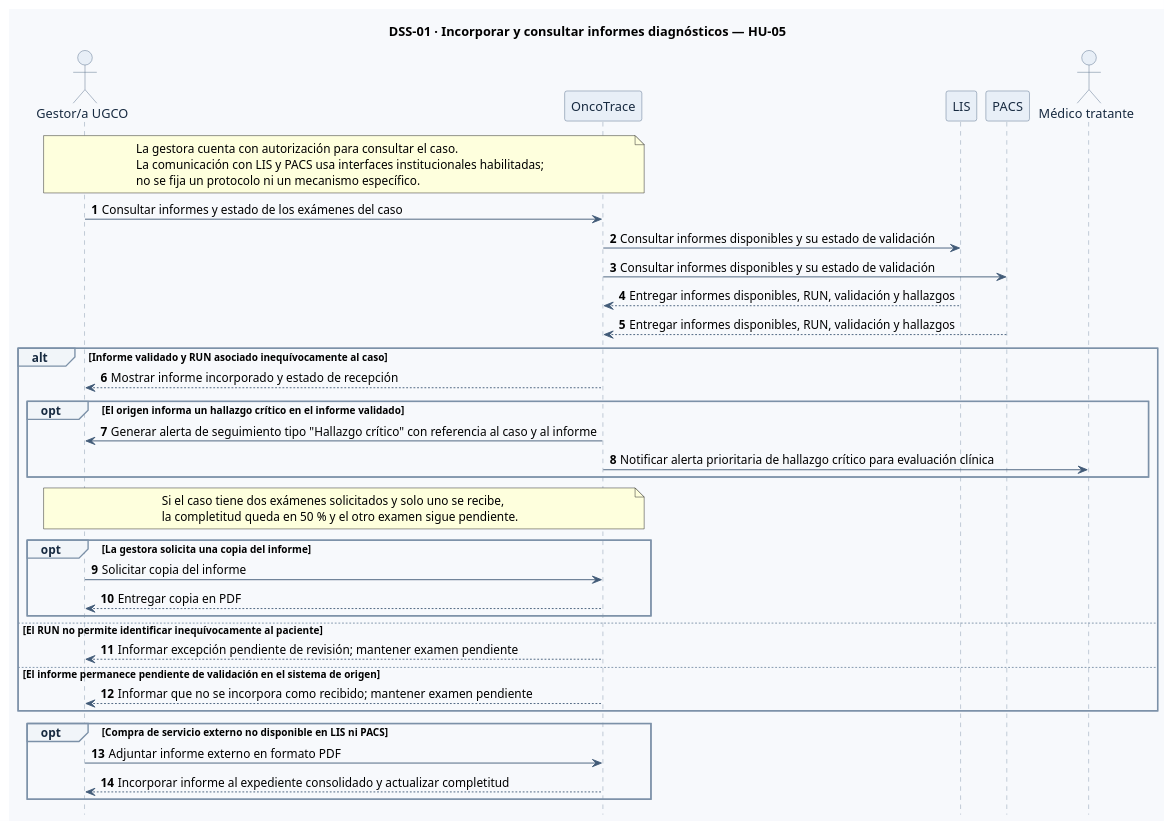
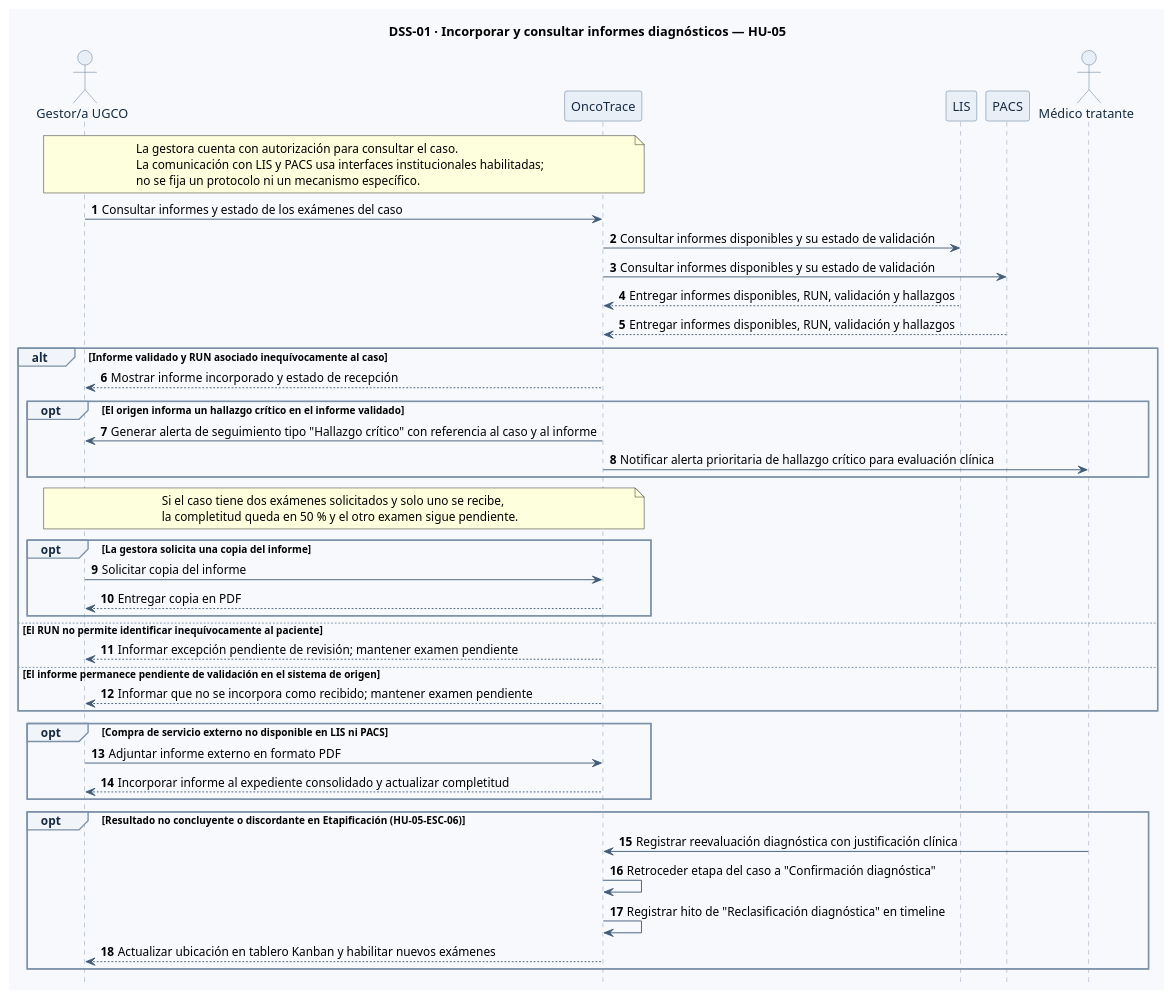
One commit to br1fz/OncoTrace changed the first of 4 diagrams in diagramas/diagramas-secuencia.puml. Above: the diagram before and after it, drawn with PlantUML. The commit also changed 12 other files, not shown here.

First line of the commit message:
Cambio solicitado por Stakeholder: incorporar reclasificación diagnóstica y retroceso de etapa (CA7 / ESC-06)

```diff
--- a/diagramas/diagramas-secuencia.puml
+++ b/diagramas/diagramas-secuencia.puml
@@ -4,67 +4,74 @@
 @startuml DSS-01-HU-05
 hide footbox
 autonumber
 skinparam shadowing false
 skinparam backgroundColor #F7F9FC
 skinparam defaultFontName SansSerif
 skinparam sequence {
   ArrowColor #425B78
   LifeLineBorderColor #8295AA
   LifeLineBackgroundColor #F0F4F8
   ParticipantBorderColor #526B87
   ParticipantBackgroundColor #E8EFF7
   ParticipantFontColor #172A40
   ActorBorderColor #526B87
   ActorBackgroundColor #E8EFF7
   ActorFontColor #172A40
   BoxBorderColor #CBD5E1
   BoxBackgroundColor #F8FAFC
   GroupBorderColor #7C91A8
   GroupBackgroundColor #F1F5F9
   GroupHeaderFontColor #172A40
   ResponseMessageBelowArrow true
 }
 title DSS-01 · Incorporar y consultar informes diagnósticos — HU-05
 actor "Gestor/a UGCO" as Gestor
 participant "OncoTrace" as OT
 participant "LIS" as LIS
 participant "PACS" as PACS
 actor "Médico tratante" as Medico
 
 note over Gestor,OT
 La gestora cuenta con autorización para consultar el caso.
 La comunicación con LIS y PACS usa interfaces institucionales habilitadas;
 no se fija un protocolo ni un mecanismo específico.
 end note
 
 Gestor -> OT: Consultar informes y estado de los exámenes del caso
 OT -> LIS: Consultar informes disponibles y su estado de validación
 OT -> PACS: Consultar informes disponibles y su estado de validación
 LIS --> OT: Entregar informes disponibles, RUN, validación y hallazgos
 PACS --> OT: Entregar informes disponibles, RUN, validación y hallazgos
 
 alt Informe validado y RUN asociado inequívocamente al caso
   OT --> Gestor: Mostrar informe incorporado y estado de recepción
   opt El origen informa un hallazgo crítico en el informe validado
     OT -> Gestor: Generar alerta de seguimiento tipo "Hallazgo crítico" con referencia al caso y al informe
     OT -> Medico: Notificar alerta prioritaria de hallazgo crítico para evaluación clínica
   end
   note over Gestor,OT
   Si el caso tiene dos exámenes solicitados y solo uno se recibe,
   la completitud queda en 50 % y el otro examen sigue pendiente.
   end note
   opt La gestora solicita una copia del informe
     Gestor -> OT: Solicitar copia del informe
     OT --> Gestor: Entregar copia en PDF
   end
 else El RUN no permite identificar inequívocamente al paciente
   OT --> Gestor: Informar excepción pendiente de revisión; mantener examen pendiente
 else El informe permanece pendiente de validación en el sistema de origen
   OT --> Gestor: Informar que no se incorpora como recibido; mantener examen pendiente
 end
 
 opt Compra de servicio externo no disponible en LIS ni PACS
   Gestor -> OT: Adjuntar informe externo en formato PDF
   OT --> Gestor: Incorporar informe al expediente consolidado y actualizar completitud
 end
+
+opt Resultado no concluyente o discordante en Etapificación (HU-05-ESC-06)
+  Medico -> OT: Registrar reevaluación diagnóstica con justificación clínica
+  OT -> OT: Retroceder etapa del caso a "Confirmación diagnóstica"
+  OT -> OT: Registrar hito de "Reclasificación diagnóstica" en timeline
+  OT --> Gestor: Actualizar ubicación en tablero Kanban y habilitar nuevos exámenes
+end
 @enduml
```
